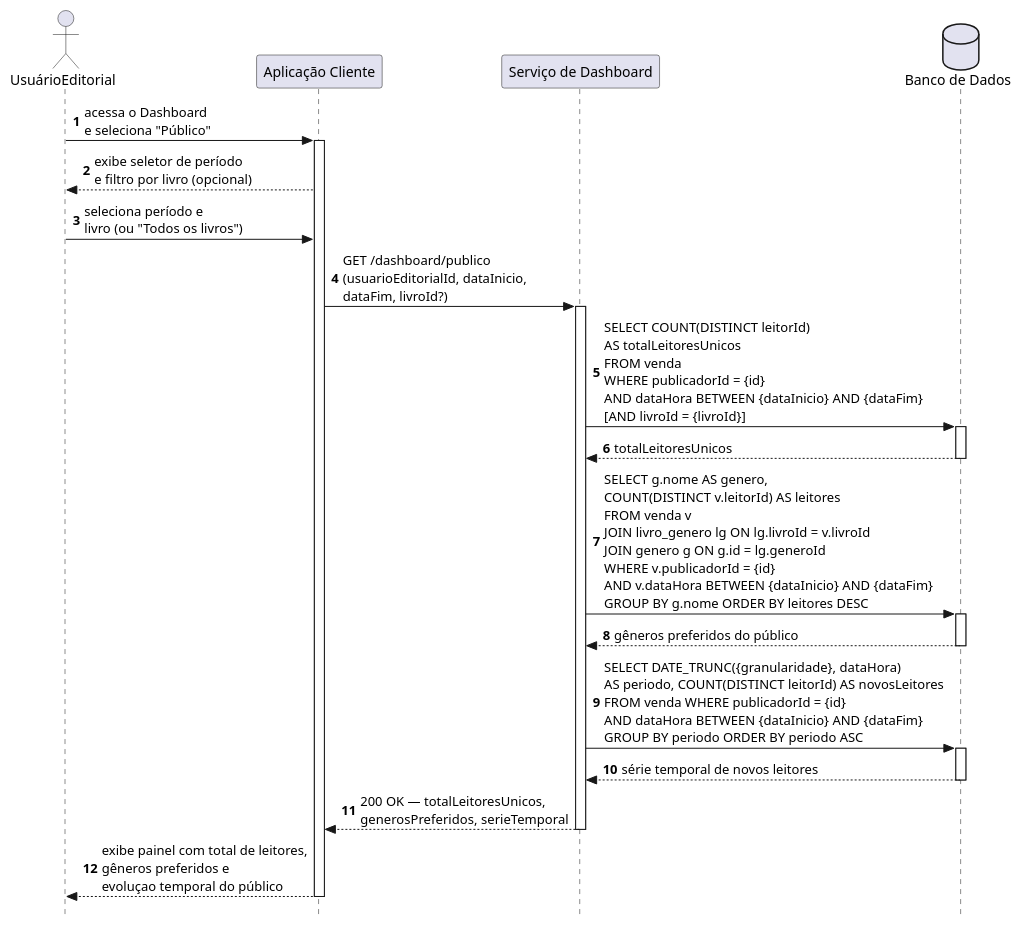
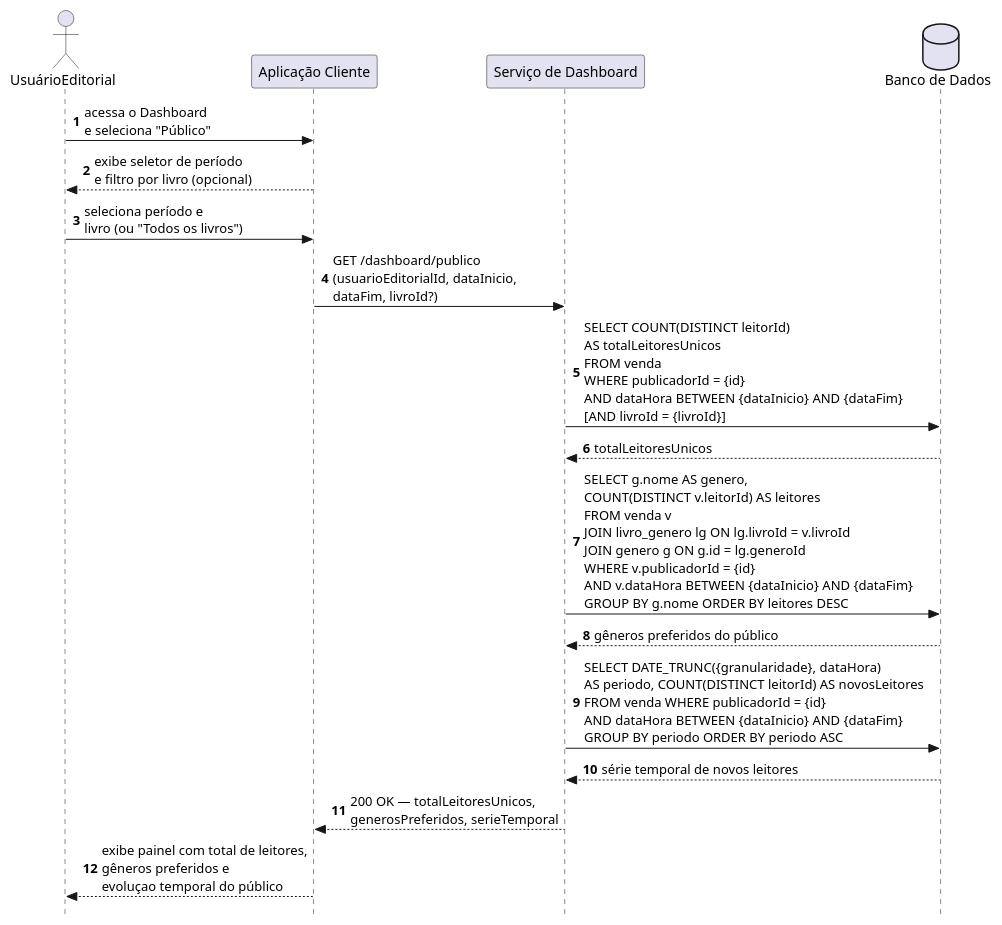
Before and after one commit to jalv21/iLib: the diagram in docs/codigo-plantuml/diagramas-comunicacao/dashboard/dc-analisar_publico.puml, drawn with PlantUML.

Commit message:
docs/criando diagrama de comunicação para analisar público

```diff
--- a/docs/codigo-plantuml/diagramas-comunicacao/dashboard/dc-analisar_publico.puml
+++ b/docs/codigo-plantuml/diagramas-comunicacao/dashboard/dc-analisar_publico.puml
@@ -1,41 +1,31 @@
-@startuml ds-analisar_publico
+@startuml dc-analisar_publico
 autonumber
 skinparam style strictuml
 
 actor UsuarioEditorial as "UsuárioEditorial"
 participant Client           as "Aplicação Cliente"
 participant ServiceDashboard as "Serviço de Dashboard"
 database    BD               as "Banco de Dados"
 
 UsuarioEditorial -> Client : acessa o Dashboard\ne seleciona "Público"
-activate Client
 
 Client --> UsuarioEditorial : exibe seletor de período\ne filtro por livro (opcional)
 
 UsuarioEditorial -> Client : seleciona período e\nlivro (ou "Todos os livros")
 
 Client -> ServiceDashboard : GET /dashboard/publico\n(usuarioEditorialId, dataInicio,\ndataFim, livroId?)
-activate ServiceDashboard
 
 ServiceDashboard -> BD : SELECT COUNT(DISTINCT leitorId)\nAS totalLeitoresUnicos\nFROM venda\nWHERE publicadorId = {id}\nAND dataHora BETWEEN {dataInicio} AND {dataFim}\n[AND livroId = {livroId}]
-activate BD
 BD --> ServiceDashboard : totalLeitoresUnicos
-deactivate BD
 
 ServiceDashboard -> BD : SELECT g.nome AS genero,\nCOUNT(DISTINCT v.leitorId) AS leitores\nFROM venda v\nJOIN livro_genero lg ON lg.livroId = v.livroId\nJOIN genero g ON g.id = lg.generoId\nWHERE v.publicadorId = {id}\nAND v.dataHora BETWEEN {dataInicio} AND {dataFim}\nGROUP BY g.nome ORDER BY leitores DESC
-activate BD
 BD --> ServiceDashboard : gêneros preferidos do público
-deactivate BD
 
 ServiceDashboard -> BD : SELECT DATE_TRUNC({granularidade}, dataHora)\nAS periodo, COUNT(DISTINCT leitorId) AS novosLeitores\nFROM venda WHERE publicadorId = {id}\nAND dataHora BETWEEN {dataInicio} AND {dataFim}\nGROUP BY periodo ORDER BY periodo ASC
-activate BD
 BD --> ServiceDashboard : série temporal de novos leitores
-deactivate BD
 
 ServiceDashboard --> Client : 200 OK — totalLeitoresUnicos,\ngenerosPreferidos, serieTemporal
-deactivate ServiceDashboard
 
 Client --> UsuarioEditorial : exibe painel com total de leitores,\ngêneros preferidos e\nevoluçao temporal do público
-deactivate Client
 
 @enduml
```
